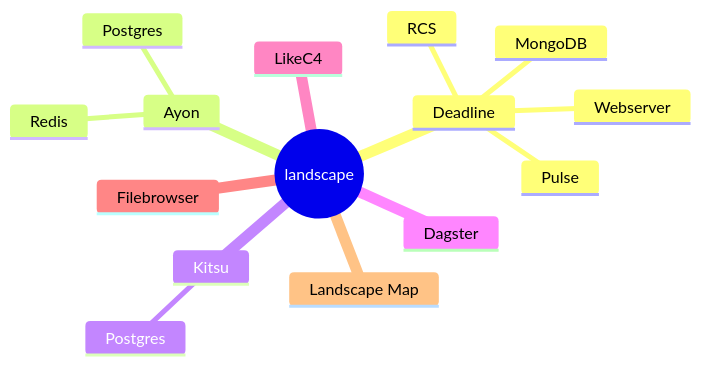
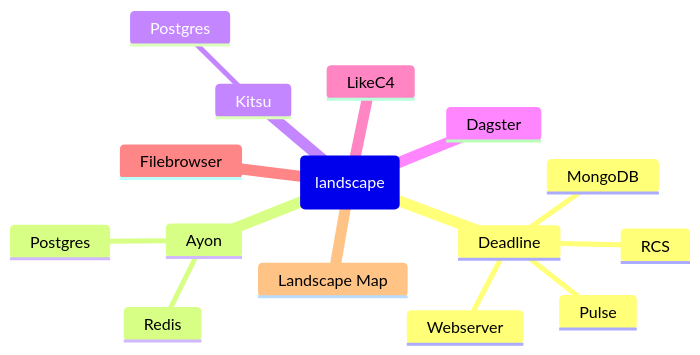
The first of 2 diagrams in README.md (michimussato/OpenStudioLandscapes), drawn with Mermaid before and after one commit. The commit also changed other lines of this file, not shown here.

````diff
--- a/README.md
+++ b/README.md
@@ -78,18 +80,18 @@
 ```mermaid
 mindmap
-  root((landscape))
+  root(landscape)
     Deadline
         RCS
         Webserver
         Pulse
         MongoDB
     Ayon
         Redis
         Postgres
     Kitsu
         Postgres
     Dagster
     LikeC4
     Filebrowser
     Landscape Map
 ```
````
